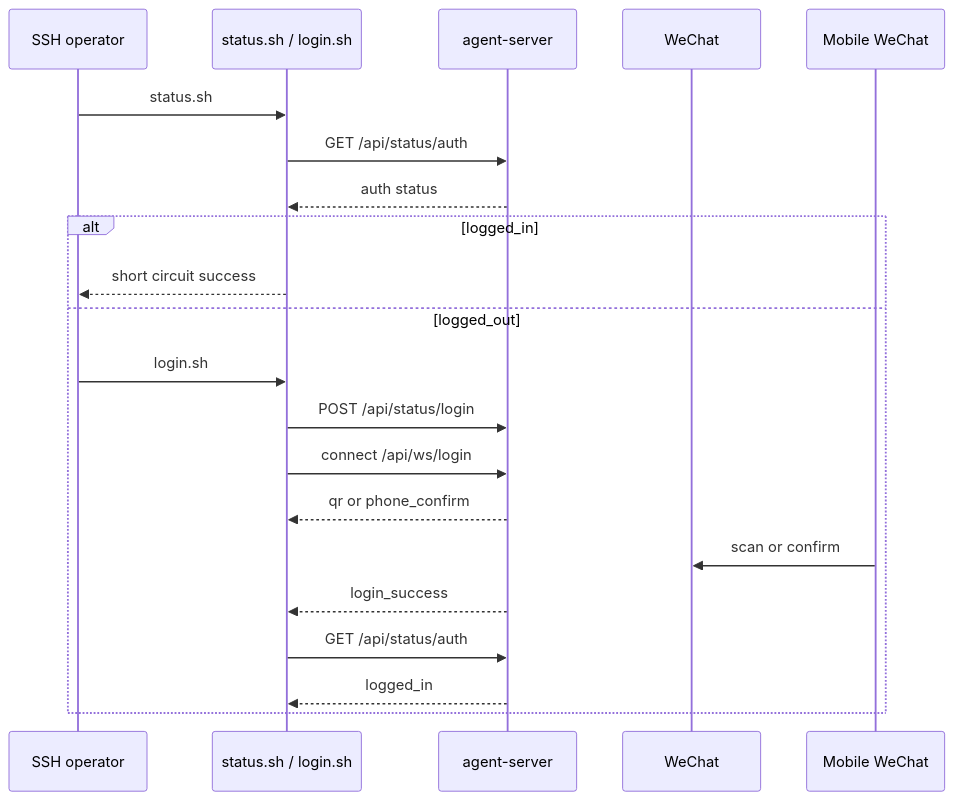
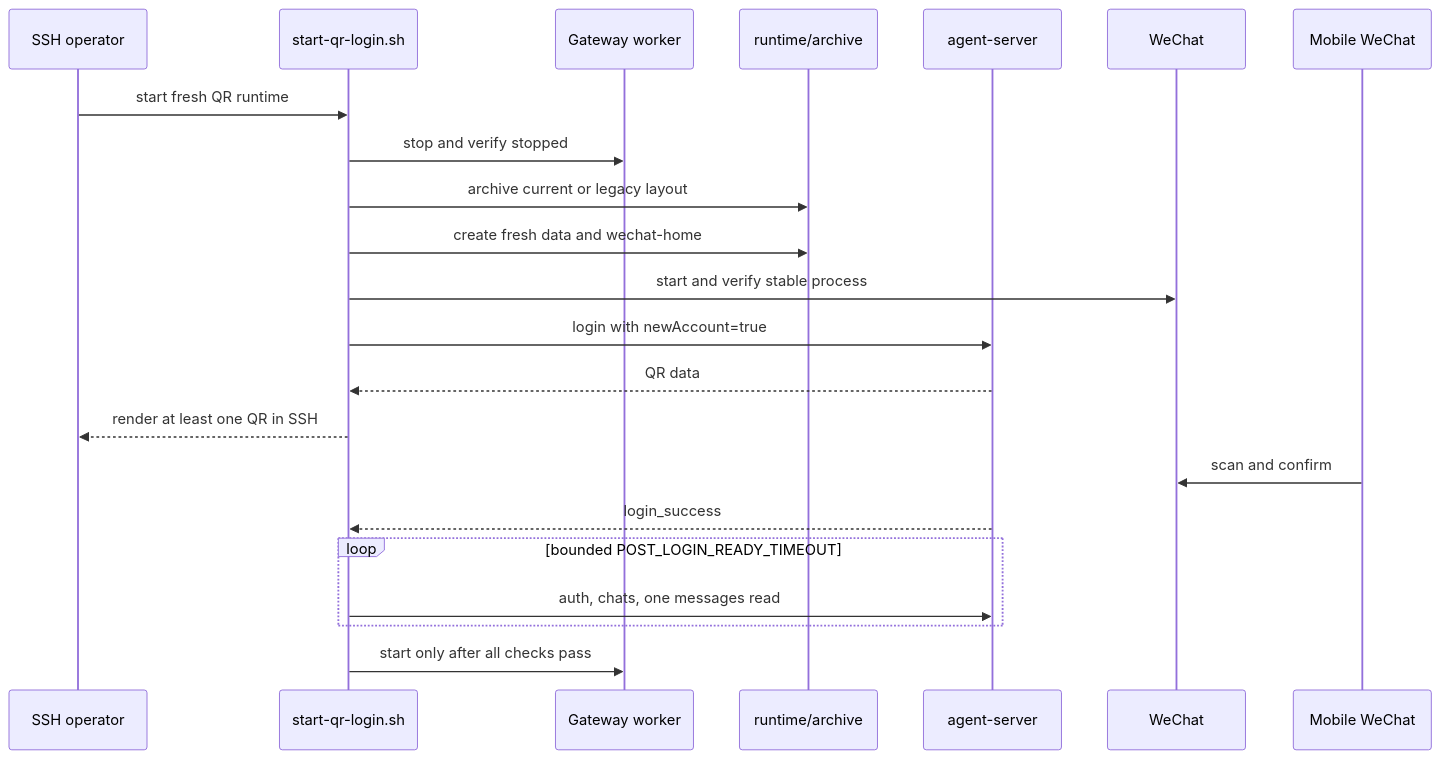
Before and after one commit to Tangbohu09527/CF_agent-wechat: the second of 2 diagrams in docs/01_架构设计.md, drawn with Mermaid. The commit also changed other lines of this file and 10 other files, not shown here.

````diff
--- a/docs/01_架构设计.md
+++ b/docs/01_架构设计.md
@@ -55,23 +74,24 @@
 ```mermaid
 sequenceDiagram
     participant O as SSH operator
-    participant S as status.sh / login.sh
+    participant S as start-qr-login.sh
+    participant G as Gateway worker
+    participant R as runtime/archive
     participant A as agent-server
     participant W as WeChat
     participant P as Mobile WeChat
-    O->>S: status.sh
-    S->>A: GET /api/status/auth
-    A-->>S: auth status
-    alt logged_in
-        S-->>O: short circuit success
-    else logged_out
-        O->>S: login.sh
-        S->>A: POST /api/status/login
-        S->>A: connect /api/ws/login
-        A-->>S: qr or phone_confirm
-        P->>W: scan or confirm
-        A-->>S: login_success
-        S->>A: GET /api/status/auth
-        A-->>S: logged_in
+    O->>S: start fresh QR runtime
+    S->>G: stop and verify stopped
+    S->>R: archive current or legacy layout
+    S->>R: create fresh data and wechat-home
+    S->>W: start and verify stable process
+    S->>A: login with newAccount=true
+    A-->>S: QR data
+    S-->>O: render at least one QR in SSH
+    P->>W: scan and confirm
+    A-->>S: login_success
+    loop bounded POST_LOGIN_READY_TIMEOUT
+        S->>A: auth, chats, one messages read
     end
+    S->>G: start only after all checks pass
 ```
````
